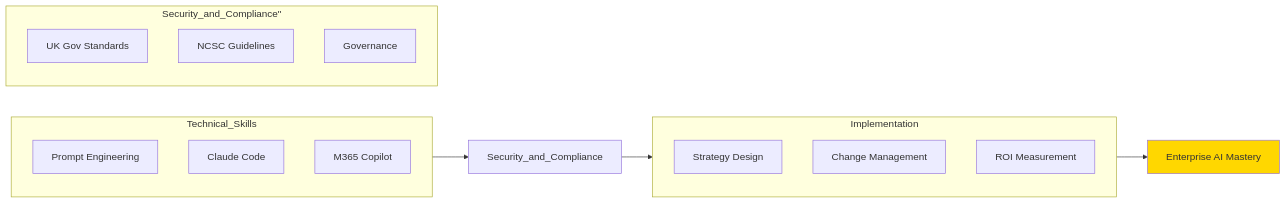
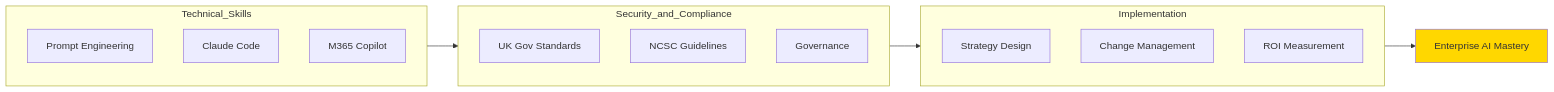
Before and after one commit to DXCSithlordPadawan/training: the third of 10 diagrams in README.md, drawn with Mermaid.

Commit message:
Fix formatting in README for Security and Compliance

````diff
--- a/README.md
+++ b/README.md
@@ -201,26 +201,26 @@
 ```mermaid
 flowchart LR
     subgraph Technical_Skills
         A1[Prompt Engineering]
         A2[Claude Code]
         A3[M365 Copilot]
     end
 
-    subgraph Security_and_Compliance"
+    subgraph Security_and_Compliance
         B1[UK Gov Standards]
         B2[NCSC Guidelines]
         B3[Governance]
     end
 
     subgraph Implementation
         C1[Strategy Design]
         C2[Change Management]
         C3[ROI Measurement]
     end
 
     Technical_Skills --> Security_and_Compliance
     Security_and_Compliance --> Implementation
     Implementation --> D[Enterprise AI Mastery]
 
     style D fill:#FFD700
 ```
````
